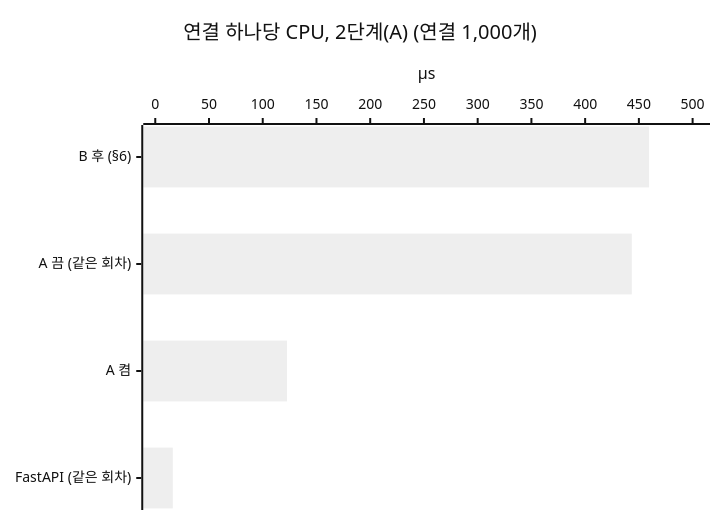
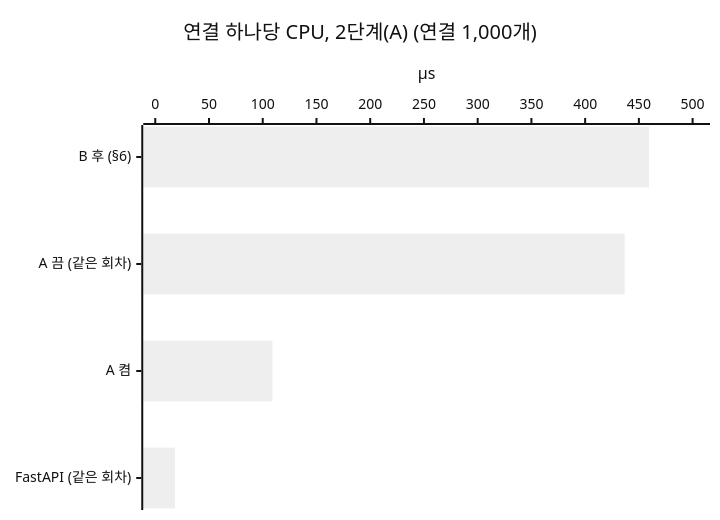
The fifth of 6 diagrams in docs/design/broadcast-fanout.md (itda-work/django-wireview), drawn with Mermaid (neutral theme) before and after one commit. The commit also changed other lines of this file and 5 other files, not shown here.

````diff
--- a/docs/design/broadcast-fanout.md
+++ b/docs/design/broadcast-fanout.md
@@ -746,7 +750,7 @@
 ```mermaid
 xychart-beta horizontal
     title "연결 하나당 CPU, 2단계(A) (연결 1,000개)"
     x-axis ["B 후 (§6)", "A 끔 (같은 회차)", "A 켬", "FastAPI (같은 회차)"]
     y-axis "µs" 0 --> 505
-    bar [459.5, 443.4, 122.6, 16.3]
+    bar [459.5, 436.8, 109.0, 18.3]
 ```
````
